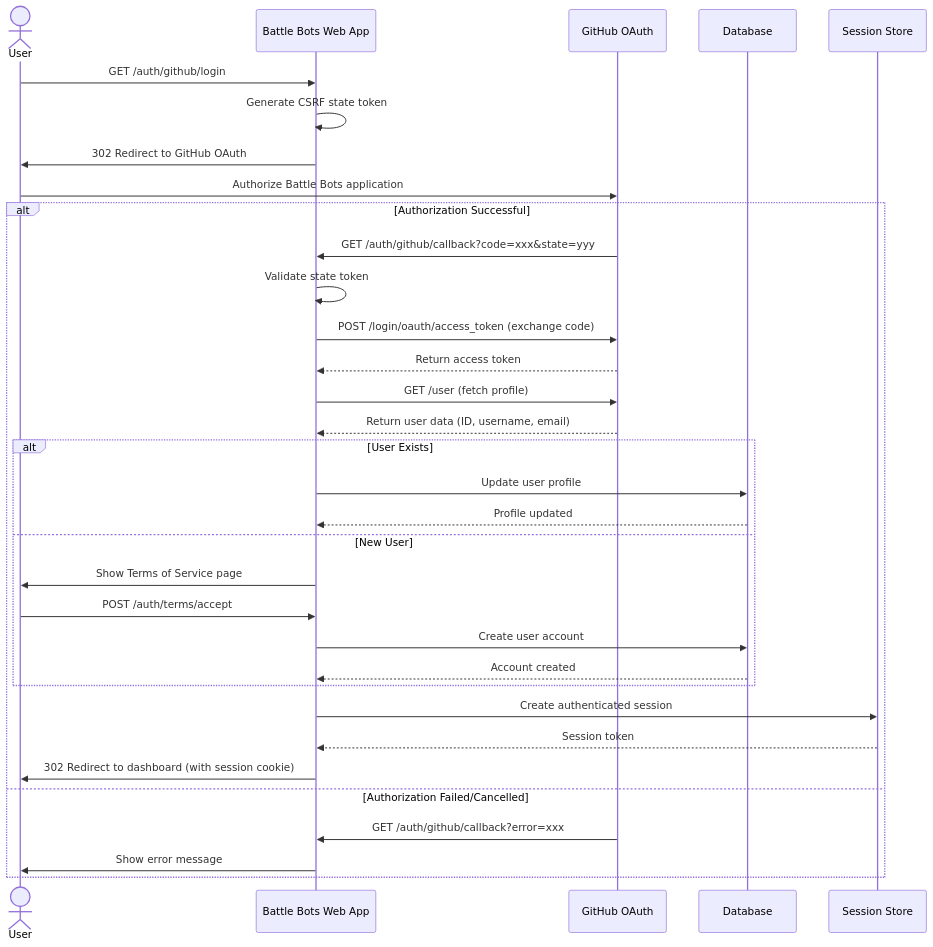
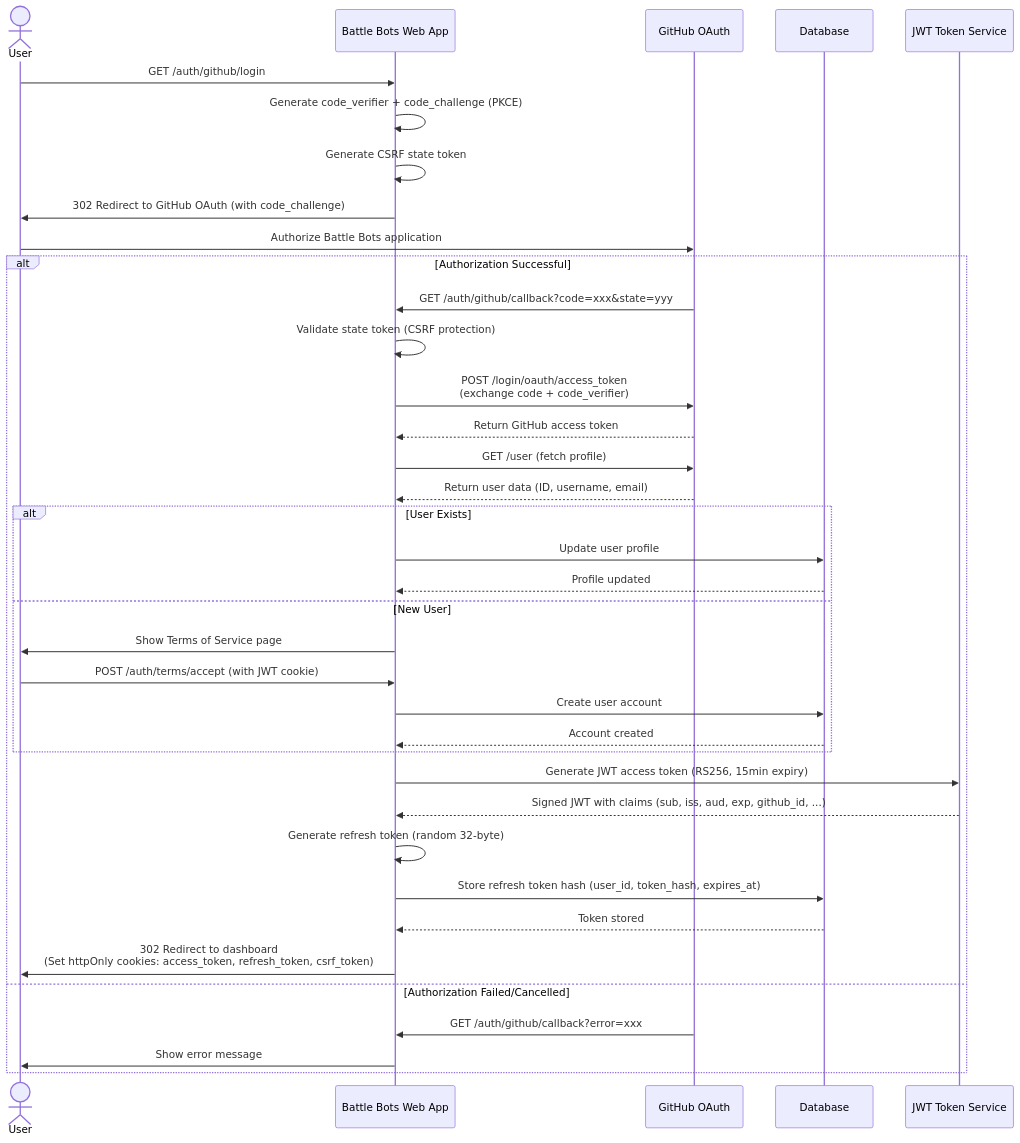
One commit to z5labs/battlebots changed the second of 11 diagrams in docs/content/r&d/adrs/0002-user-registration-via-github-oauth.md. Above: the diagram before and after it, drawn with Mermaid. The commit also changed other lines of this file and 3 other files, not shown here.

````diff
--- a/docs/content/r&d/adrs/0002-user-registration-via-github-oauth.md
+++ b/docs/content/r&d/adrs/0002-user-registration-via-github-oauth.md
@@ -107,40 +131,44 @@
 ```mermaid
 sequenceDiagram
     actor User
     participant WebApp as Battle Bots Web App
     participant GitHub as GitHub OAuth
     participant DB as Database
-    participant Session as Session Store
+    participant JWT as JWT Token Service
 
     User->>WebApp: GET /auth/github/login
+    WebApp->>WebApp: Generate code_verifier + code_challenge (PKCE)
     WebApp->>WebApp: Generate CSRF state token
-    WebApp->>User: 302 Redirect to GitHub OAuth
+    WebApp->>User: 302 Redirect to GitHub OAuth (with code_challenge)
     User->>GitHub: Authorize Battle Bots application
 
     alt Authorization Successful
         GitHub->>WebApp: GET /auth/github/callback?code=xxx&state=yyy
-        WebApp->>WebApp: Validate state token
-        WebApp->>GitHub: POST /login/oauth/access_token (exchange code)
-        GitHub-->>WebApp: Return access token
+        WebApp->>WebApp: Validate state token (CSRF protection)
+        WebApp->>GitHub: POST /login/oauth/access_token<br/>(exchange code + code_verifier)
+        GitHub-->>WebApp: Return GitHub access token
         WebApp->>GitHub: GET /user (fetch profile)
         GitHub-->>WebApp: Return user data (ID, username, email)
 
         alt User Exists
             WebApp->>DB: Update user profile
             DB-->>WebApp: Profile updated
         else New User
             WebApp->>User: Show Terms of Service page
-            User->>WebApp: POST /auth/terms/accept
+            User->>WebApp: POST /auth/terms/accept (with JWT cookie)
             WebApp->>DB: Create user account
             DB-->>WebApp: Account created
         end
 
-        WebApp->>Session: Create authenticated session
-        Session-->>WebApp: Session token
-        WebApp->>User: 302 Redirect to dashboard (with session cookie)
+        WebApp->>JWT: Generate JWT access token (RS256, 15min expiry)
+        JWT-->>WebApp: Signed JWT with claims (sub, iss, aud, exp, github_id, ...)
+        WebApp->>WebApp: Generate refresh token (random 32-byte)
+        WebApp->>DB: Store refresh token hash (user_id, token_hash, expires_at)
+        DB-->>WebApp: Token stored
+        WebApp->>User: 302 Redirect to dashboard<br/>(Set httpOnly cookies: access_token, refresh_token, csrf_token)
 
     else Authorization Failed/Cancelled
         GitHub->>WebApp: GET /auth/github/callback?error=xxx
         WebApp->>User: Show error message
     end
 ```
````
